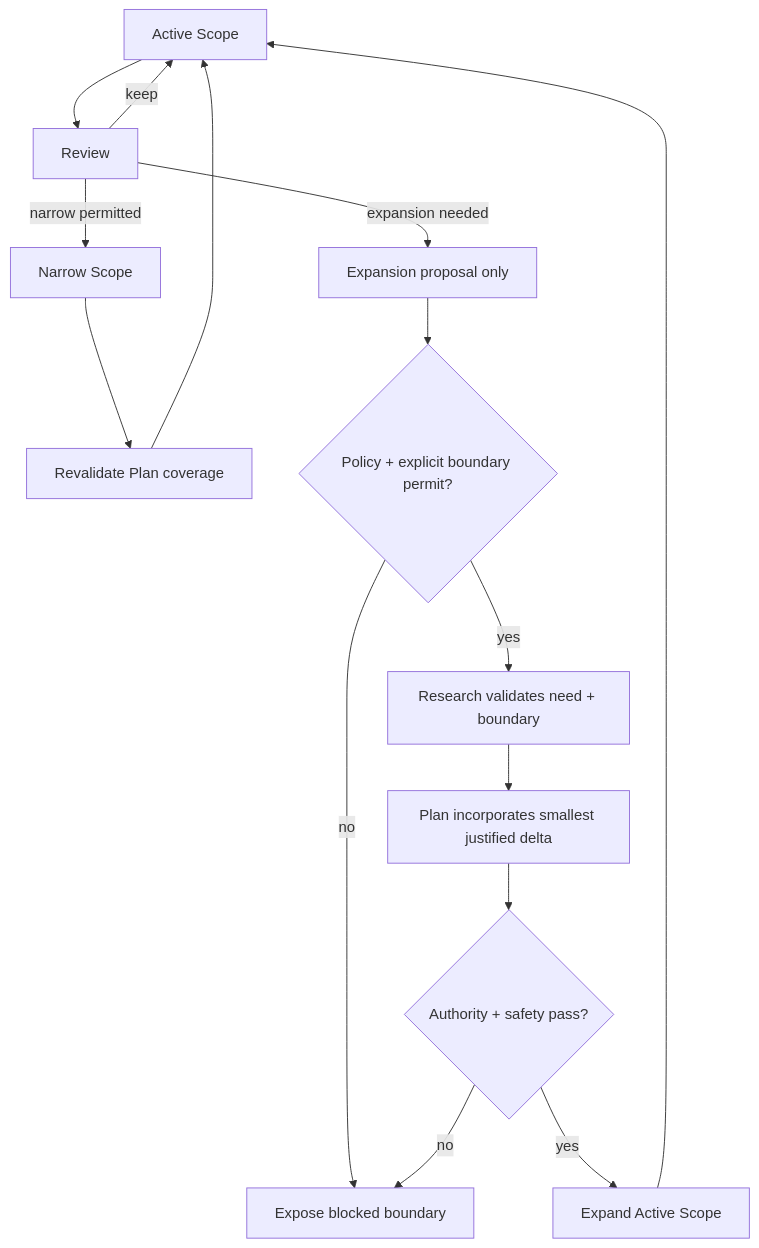
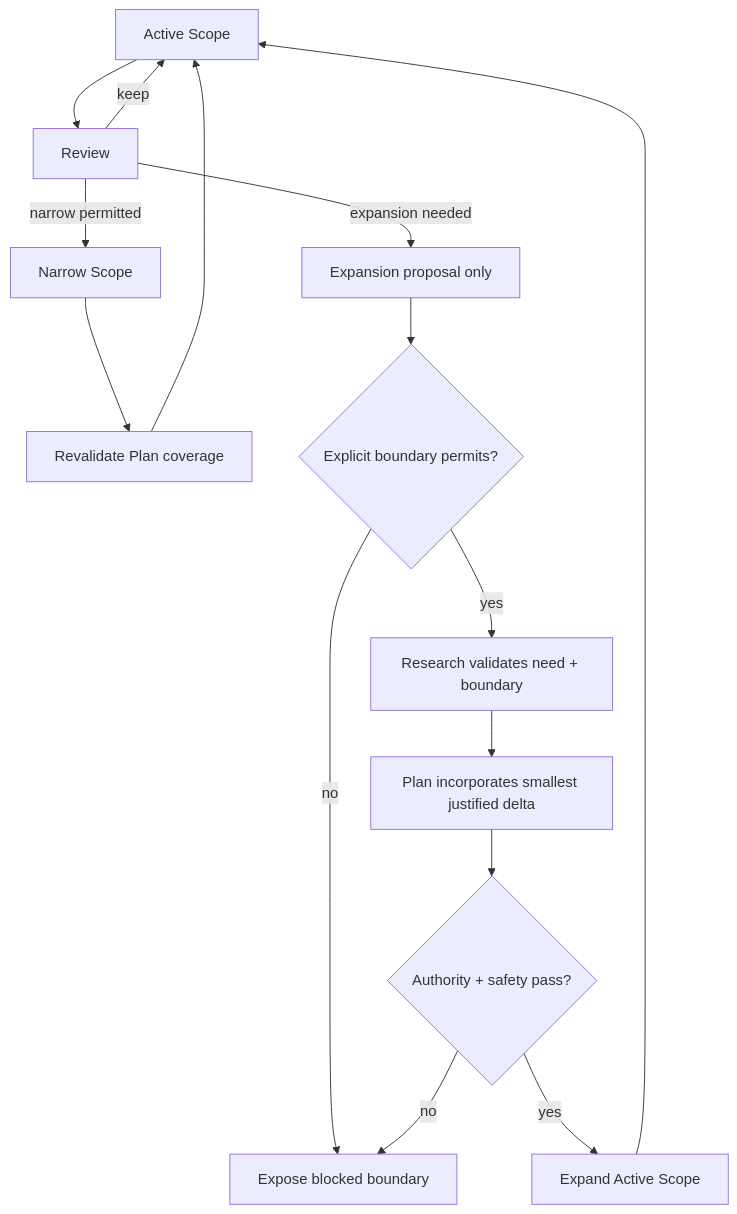
The second of 4 diagrams in src/rulesync/.rulesync/skills/mols-rpi/SKILL.md (mols3131d/mols-agent-assets), drawn with Mermaid before and after one commit. The commit also changed other lines of this file and 16 other files, not shown here.

````diff
--- a/src/rulesync/.rulesync/skills/mols-rpi/SKILL.md
+++ b/src/rulesync/.rulesync/skills/mols-rpi/SKILL.md
@@ -197,17 +245,17 @@
 ```mermaid
 flowchart TD
     S["Active Scope"] --> V["Review"]
     V -->|keep| S
     V -->|narrow permitted| N["Narrow Scope"]
     N --> P["Revalidate Plan coverage"]
     P --> S
     V -->|expansion needed| E["Expansion proposal only"]
-    E --> Q{"Policy + explicit boundary permit?"}
+    E --> Q{"Explicit boundary permits?"}
     Q -->|no| B["Expose blocked boundary"]
     Q -->|yes| R["Research validates need + boundary"]
     R --> U["Plan incorporates smallest justified delta"]
     U --> A{"Authority + safety pass?"}
     A -->|no| B
     A -->|yes| X["Expand Active Scope"]
     X --> S
 ```
````
